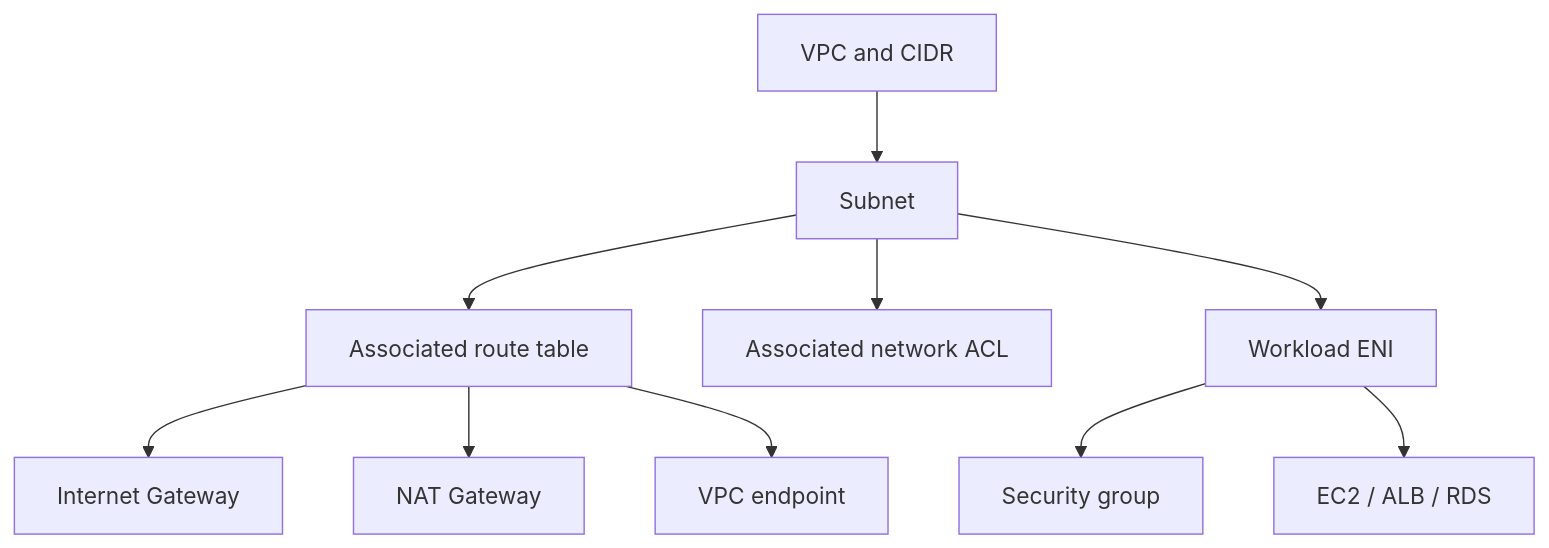
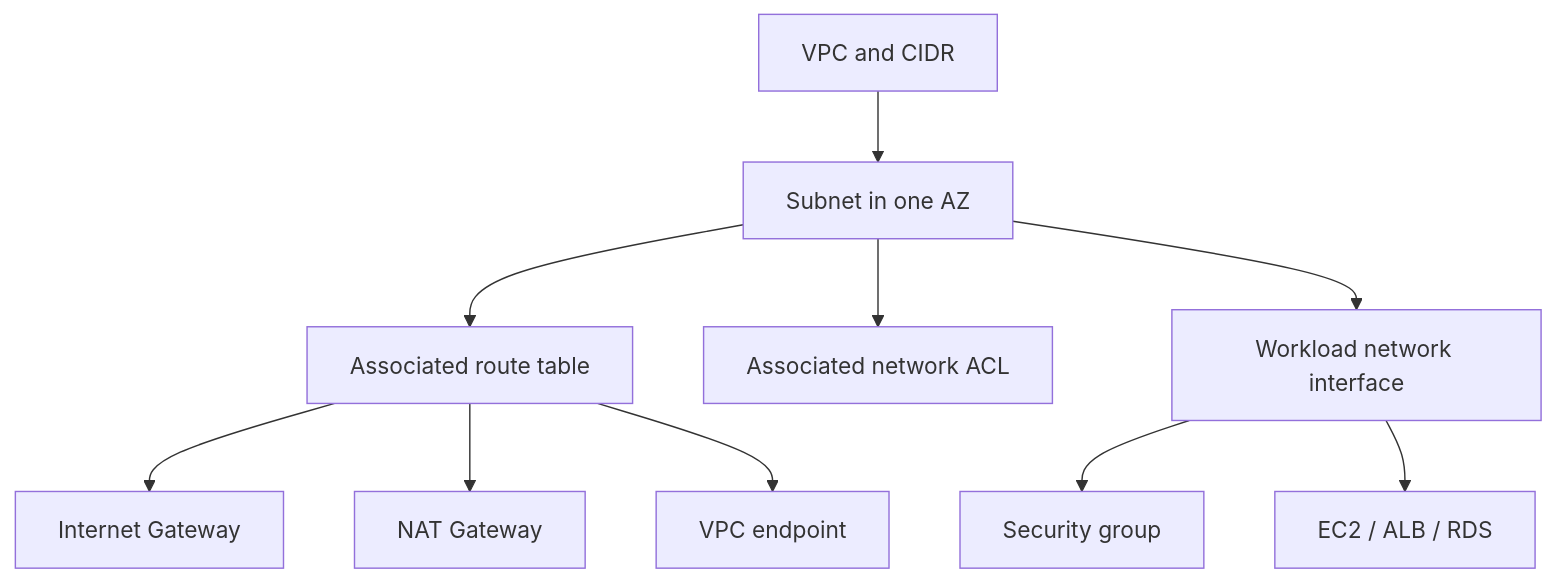
One commit to prakash16126/AWS-Documentation changed the first of 6 diagrams in README.md. Above: the diagram before and after it, drawn with Mermaid. The commit also changed other lines of this file, not shown here.

````diff
--- a/README.md
+++ b/README.md
@@ -735,12 +410,12 @@
 ```mermaid
 flowchart TD
-    VPC[VPC and CIDR] --> Subnet[Subnet]
+    VPC[VPC and CIDR] --> Subnet[Subnet in one AZ]
     Subnet --> RT[Associated route table]
     Subnet --> NACL[Associated network ACL]
-    Subnet --> ENI[Workload ENI]
+    Subnet --> ENI[Workload network interface]
     ENI --> SG[Security group]
     ENI --> Workload[EC2 / ALB / RDS]
     RT --> IGW[Internet Gateway]
     RT --> NAT[NAT Gateway]
     RT --> Endpoint[VPC endpoint]
 ```
````
